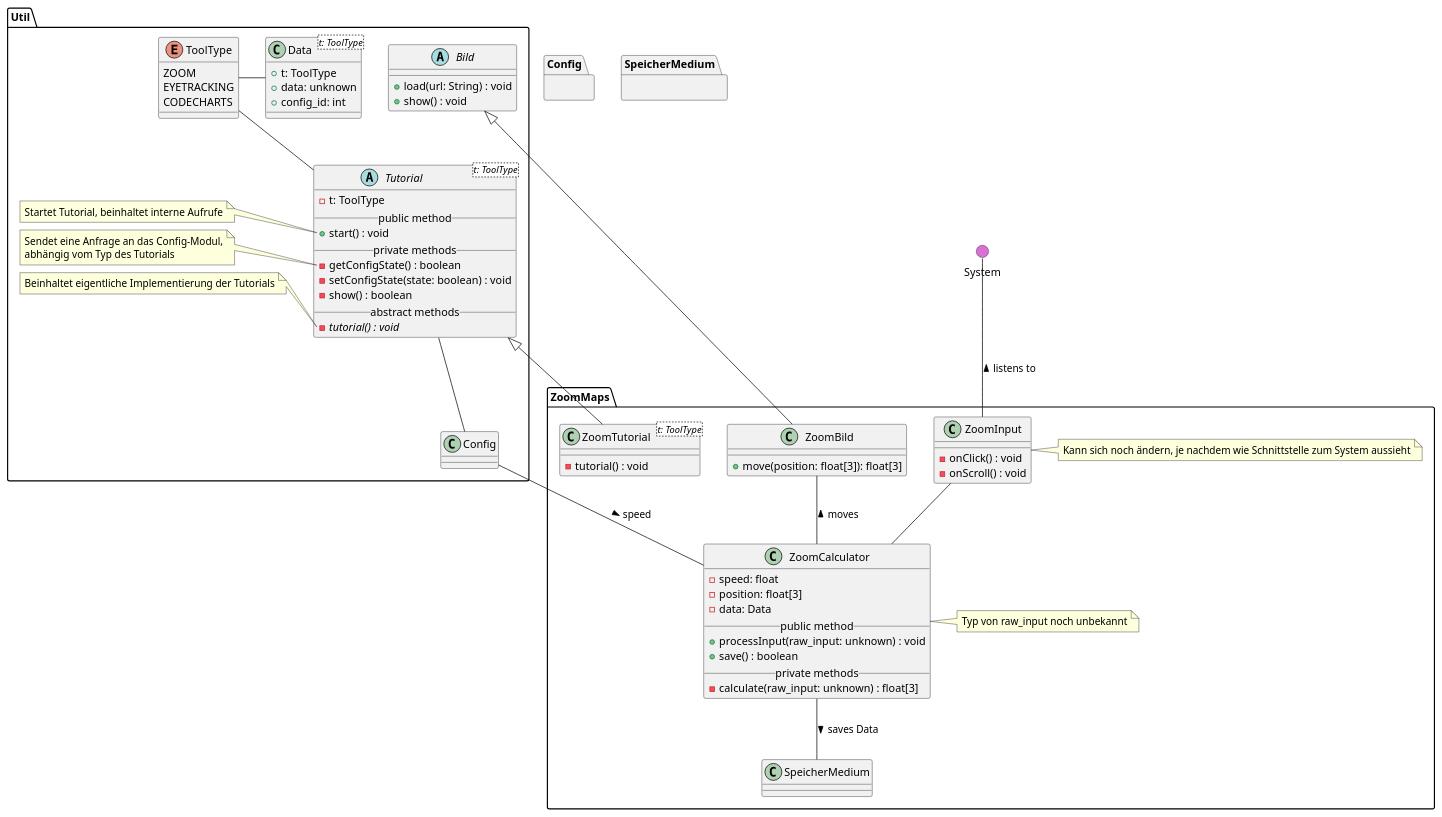
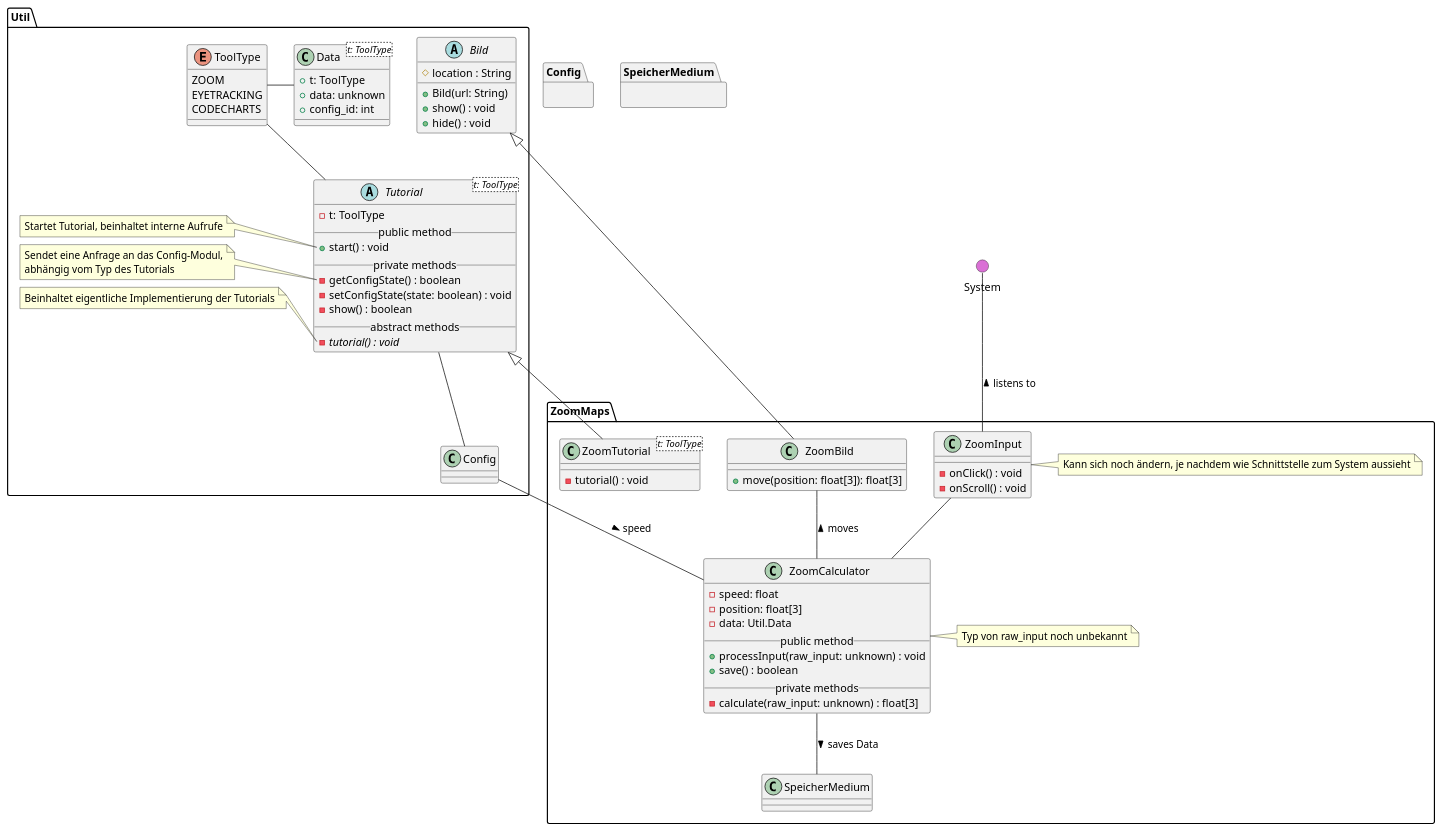
The diagram in meilenstein_03/uml-zoommaps/kommentiert/zoommaps-notes.puml (weichware10/meilensteine), drawn with PlantUML before and after one commit. The commit also changed 1 other file, not shown here.

Commit message:
Bild abgeändert

```diff
--- a/meilenstein_03/uml-zoommaps/kommentiert/zoommaps-notes.puml
+++ b/meilenstein_03/uml-zoommaps/kommentiert/zoommaps-notes.puml
@@ -1,122 +1,124 @@
 @startuml zoommaps
 ' skinparam backgroundColor transparent
 () System #DA70D5
 top to bottom direction
 
 package Util {
     ' --- TUTORIAL ---
     abstract Tutorial<t: ToolType> {
       - t: ToolType
       __public method__
       + start() : void
       __private methods__
       - getConfigState() : boolean
       - setConfigState(state: boolean) : void
       - show() : boolean
       __abstract methods__
       - {abstract} tutorial() : void
     }
 
     enum ToolType {
       ZOOM
       EYETRACKING
       CODECHARTS
     }
 
     ' Notes
     note left of Tutorial::start
         Startet Tutorial, beinhaltet interne Aufrufe
     end note
     note left of Tutorial::getConfigState
         Sendet eine Anfrage an das Config-Modul,
         abhängig vom Typ des Tutorials
     end note
     note left of Tutorial::tutorial
         Beinhaltet eigentliche Implementierung der Tutorials
     end note
 
     ' Interaktionen
     Tutorial -u- ToolType
     Data -r- ToolType
     Tutorial -d- Config
 
 
     ' --- BILD ---
 
     abstract Bild {
-      + load(url: String) : void
-      + show() : void
+        # location : String
+        + Bild(url: String)
+        + show() : void
+        + hide() : void
     }
 
     class Data<t: ToolType> {
         + t: ToolType
         + data: unknown
         + config_id: int
     }
 }
 
 
 
 ' === ZOOM MAPS ===
 package ZoomMaps {
 
     ' Zoom Input
     class ZoomInput {
         - onClick() : void
         - onScroll() : void
     }
 
     ' Notiz
     note right of ZoomInput
         Kann sich noch ändern, je nachdem wie Schnittstelle zum System aussieht
     end note
 
     ' Zoom Tutorial
     class ZoomTutorial<t: ToolType> {
         - tutorial() : void
     }
 
     ' Zoom Calculator
     class ZoomCalculator {
         - speed: float
         - position: float[3]
-        - data: Data
+        - data: Util.Data
         __public method__
         + processInput(raw_input: unknown) : void
         + save() : boolean
         __private methods__
         - calculate(raw_input: unknown) : float[3]
     }
 
     ' Notiz
     note right of ZoomCalculator
         Typ von raw_input noch unbekannt
     end note
 
     ' Zoom Bild
     class ZoomBild {
         + move(position: float[3]): float[3]
     }
 
 
     ' Vererbungen
     Bild <|-- ZoomBild
     Tutorial <|-- ZoomTutorial
 
     ' Interaktionen
     ZoomInput -d- ZoomCalculator
     ZoomCalculator  -u- ZoomBild : > moves
 
     ' Andere Module
     ZoomCalculator -- SpeicherMedium : > saves Data
     ZoomCalculator -l- Config : < speed
     ZoomInput -u- System : > listens to
 
 }
 
 ' Blackboxen / Andere Module
 package Config {}
 
 package SpeicherMedium {}
 
 @enduml
```
